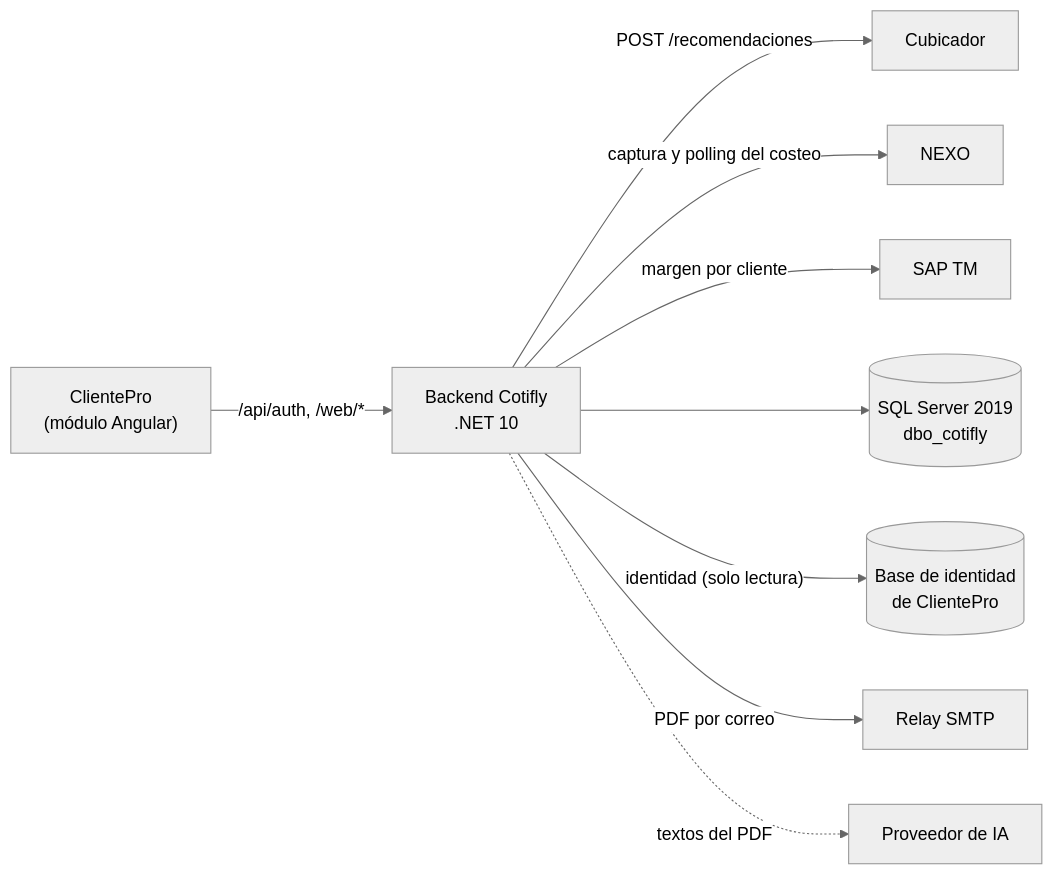
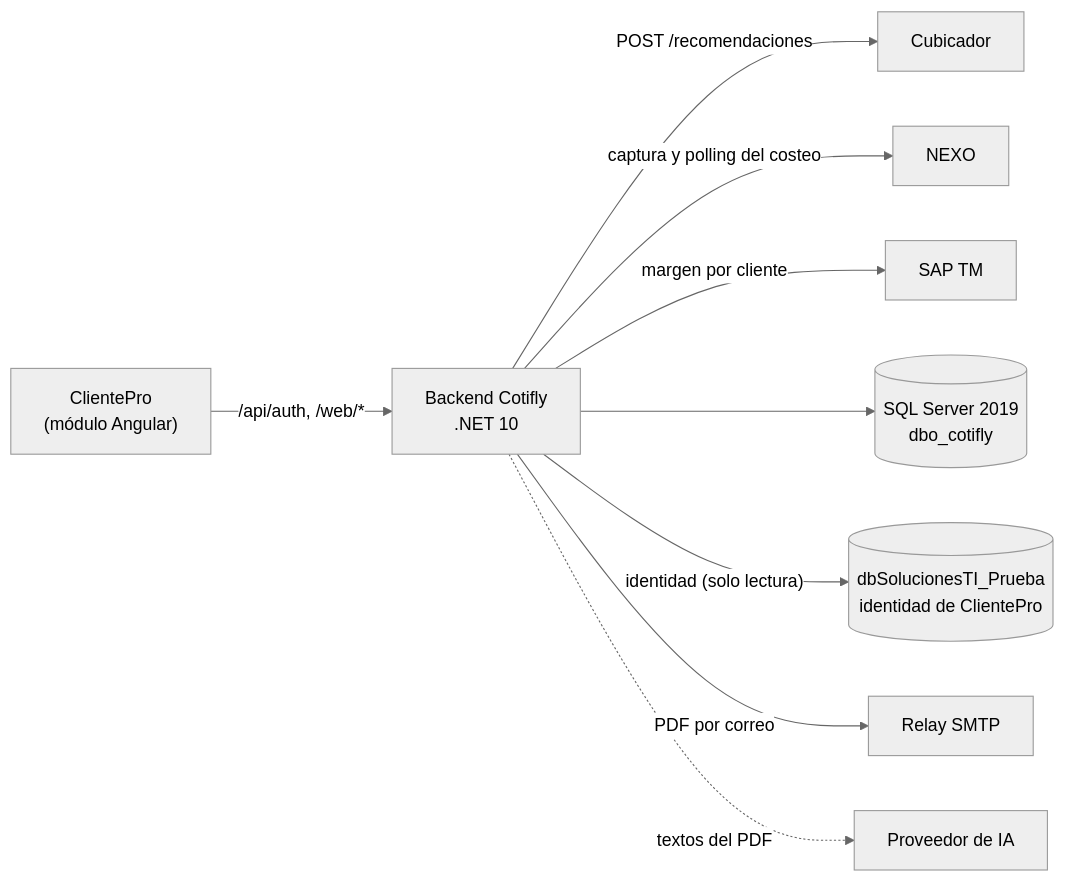
Before and after one commit to InnovacionIA-proyectos/Cotifly: the diagram in README.md, drawn with Mermaid (neutral theme). The commit also changed other lines of this file and 13 other files, not shown here.

````diff
--- a/README.md
+++ b/README.md
@@ -16,11 +16,11 @@
 ```mermaid
 flowchart LR
     CP["ClientePro<br/>(módulo Angular)"] -->|"/api/auth, /web/*"| API["Backend Cotifly<br/>.NET 10"]
     API -->|"POST /recomendaciones"| CUB["Cubicador"]
     API -->|"captura y polling del costeo"| NEXO["NEXO"]
     API -->|"margen por cliente"| SAP["SAP TM"]
     API --> DB[("SQL Server 2019<br/>dbo_cotifly")]
-    API -->|"identidad (solo lectura)"| ID[("Base de identidad<br/>de ClientePro")]
+    API -->|"identidad (solo lectura)"| ID[("dbSolucionesTI_Prueba<br/>identidad de ClientePro")]
     API -->|"PDF por correo"| SMTP["Relay SMTP"]
     API -.->|"textos del PDF"| IA["Proveedor de IA"]
 ```
````
